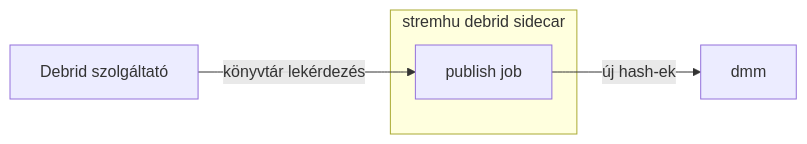
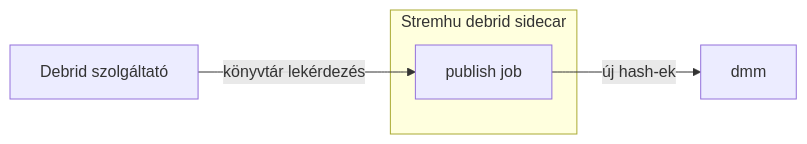
The second of 2 diagrams in README.md (peterdeme/stremhu-debrid-sidecar), drawn with Mermaid before and after one commit. The commit also changed other lines of this file and 13 other files, not shown here.

````diff
--- a/README.md
+++ b/README.md
@@ -33,11 +49,11 @@
 ```mermaid
 flowchart LR
     debrid["Debrid szolgáltató"]
 
-    subgraph sidecar["stremhu debrid sidecar"]
+    subgraph sidecar["Stremhu debrid sidecar"]
         job["publish job"]
     end
 
     debrid -- "könyvtár lekérdezés" --> job
     job -- "új hash-ek" --> dmm
 ```
````
